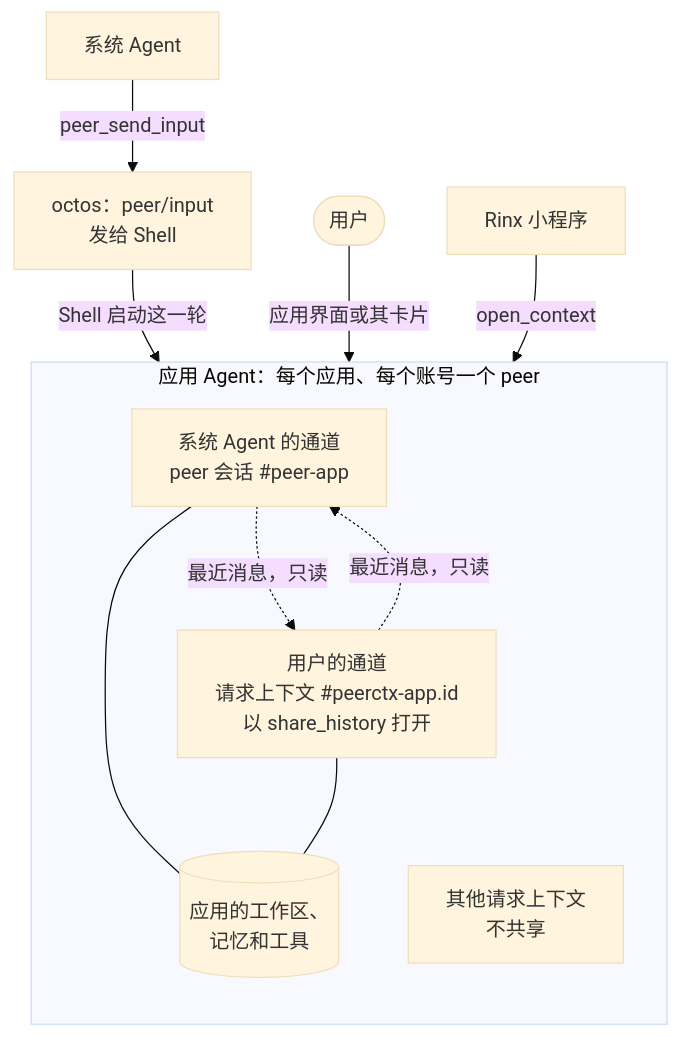
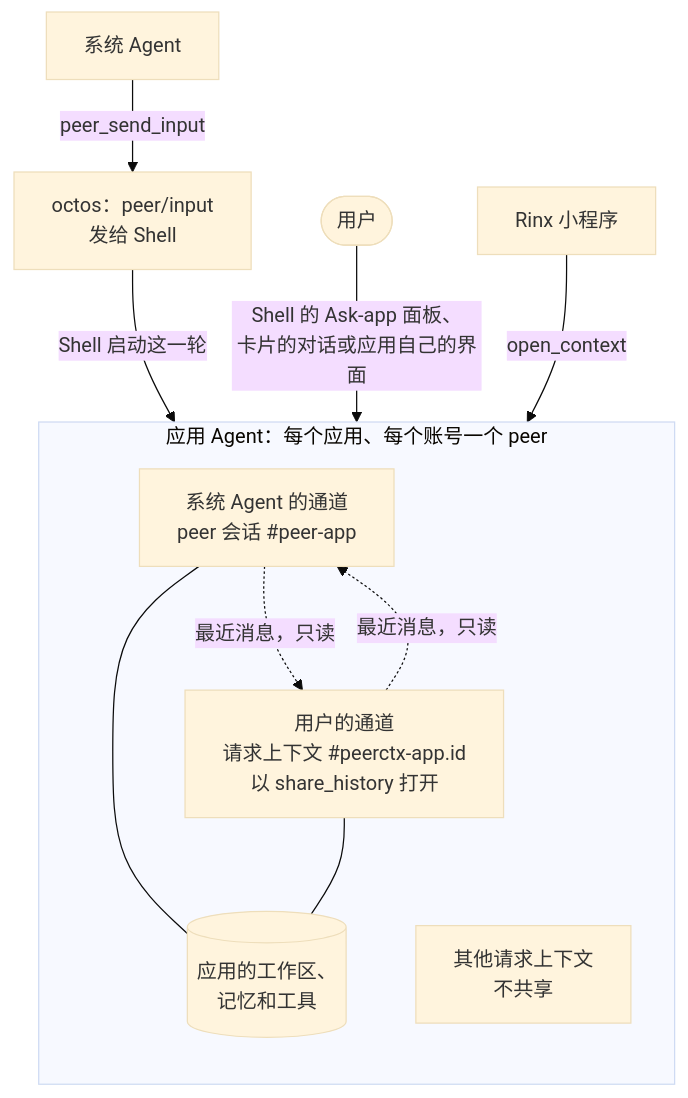
Before and after one commit to OctoSense-org/OctoSense: the third of 4 diagrams in README.zh-CN.md, drawn with Mermaid (base theme). The commit also changed other lines of this file and 4 other files, not shown here.

First line of the commit message:
docs: the person talks to an app's agent directly ("Ask <app>")

````diff
--- a/README.zh-CN.md
+++ b/README.zh-CN.md
@@ -130,21 +126,21 @@
 ```mermaid
 flowchart TB
   sys["系统 Agent"]
   person(["用户"])
   mini["Rinx 小程序"]
   subgraph peer["应用 Agent：每个应用、每个账号一个 peer"]
     direction TB
     lane1["系统 Agent 的通道<br/>peer 会话 #peer-app"]
     lane2["用户的通道<br/>请求上下文 #peerctx-app.id<br/>以 share_history 打开"]
     own[("应用的工作区、<br/>记忆和工具")]
     ctx["其他请求上下文<br/>不共享"]
   end
   sys -->|"peer_send_input"| input["octos：peer/input<br/>发给 Shell"]
   input -->|"Shell 启动这一轮"| lane1
-  person -->|"应用界面或其卡片"| lane2
+  person -->|"Shell 的 Ask-app 面板、<br/>卡片的对话或应用自己的界面"| lane2
   lane1 -.->|"最近消息，只读"| lane2
   lane2 -.->|"最近消息，只读"| lane1
   lane1 --- own
   lane2 --- own
   mini -->|"open_context"| ctx
 ```
````
